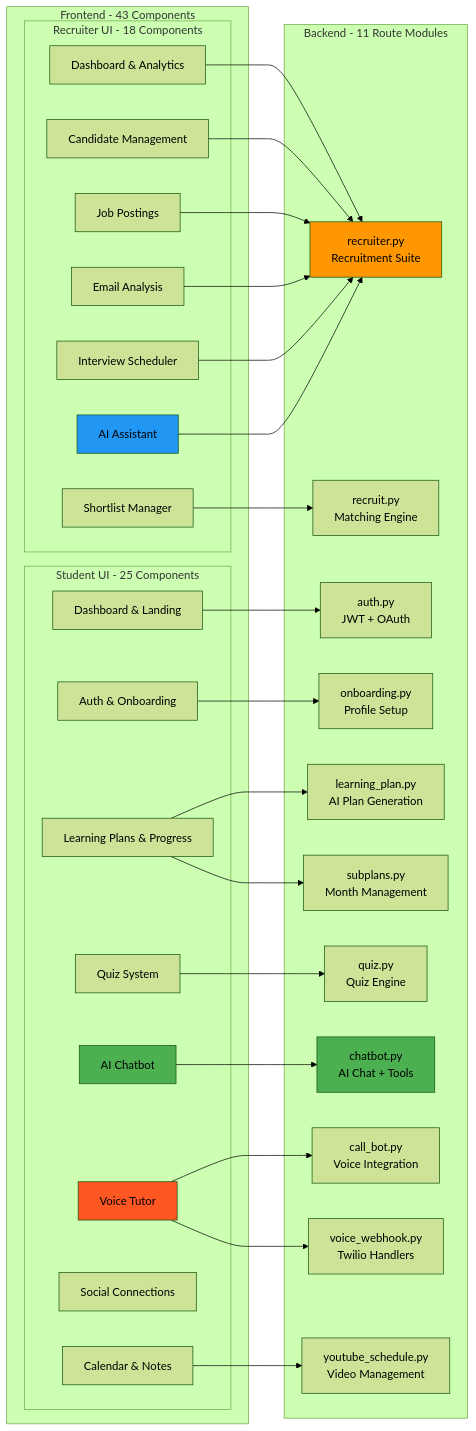
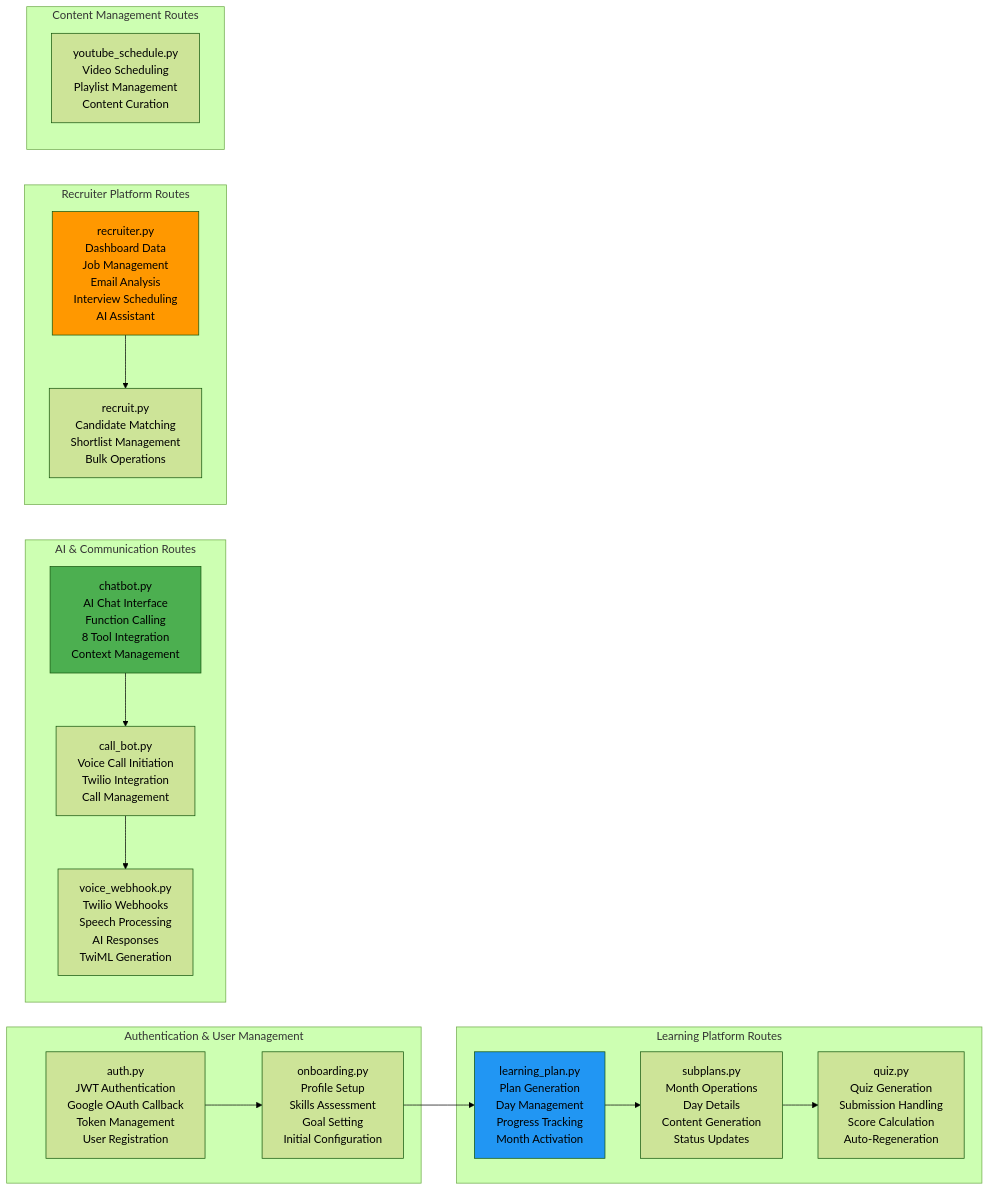
The third of 8 diagrams in README.md (abhiabhi150614/fast-api-learning), drawn with Mermaid (forest theme) before and after one commit. The commit also changed other lines of this file, not shown here.

````diff
--- a/README.md
+++ b/README.md
@@ -108,63 +224,40 @@
 ```mermaid
 graph LR
-    subgraph "Frontend - 43 Components"
-        subgraph "Student UI - 25 Components"
-            S1[Dashboard & Landing]
-            S2[Auth & Onboarding]
-            S3[Learning Plans & Progress]
-            S4[Quiz System]
-            S5[AI Chatbot]
-            S6[Voice Tutor]
-            S7[Social Connections]
-            S8[Calendar & Notes]
-        end
-        
-        subgraph "Recruiter UI - 18 Components"
-            R1[Dashboard & Analytics]
-            R2[Candidate Management]
-            R3[Job Postings]
-            R4[Email Analysis]
-            R5[Interview Scheduler]
-            R6[AI Assistant]
-            R7[Shortlist Manager]
-        end
+    subgraph "Authentication & User Management"
+        AUTH[auth.py<br/>JWT Authentication<br/>Google OAuth Callback<br/>Token Management<br/>User Registration]
+        ONBOARD[onboarding.py<br/>Profile Setup<br/>Skills Assessment<br/>Goal Setting<br/>Initial Configuration]
     end
     
-    subgraph "Backend - 11 Route Modules"
-        B1[auth.py<br/>JWT + OAuth]
-        B2[onboarding.py<br/>Profile Setup]
-        B3[learning_plan.py<br/>AI Plan Generation]
-        B4[subplans.py<br/>Month Management]
-        B5[quiz.py<br/>Quiz Engine]
-        B6[chatbot.py<br/>AI Chat + Tools]
-        B7[call_bot.py<br/>Voice Integration]
-        B8[voice_webhook.py<br/>Twilio Handlers]
-        B9[recruiter.py<br/>Recruitment Suite]
-        B10[recruit.py<br/>Matching Engine]
-        B11[youtube_schedule.py<br/>Video Management]
+    subgraph "Learning Platform Routes"
+        LEARNING_PLAN[learning_plan.py<br/>Plan Generation<br/>Day Management<br/>Progress Tracking<br/>Month Activation]
+        SUBPLANS[subplans.py<br/>Month Operations<br/>Day Details<br/>Content Generation<br/>Status Updates]
+        QUIZ[quiz.py<br/>Quiz Generation<br/>Submission Handling<br/>Score Calculation<br/>Auto-Regeneration]
     end
     
-    S1 --> B1
-    S2 --> B2
-    S3 --> B3
-    S3 --> B4
-    S4 --> B5
-    S5 --> B6
-    S6 --> B7
-    S6 --> B8
-    S8 --> B11
+    subgraph "AI & Communication Routes"
+        CHATBOT[chatbot.py<br/>AI Chat Interface<br/>Function Calling<br/>8 Tool Integration<br/>Context Management]
+        CALL_BOT[call_bot.py<br/>Voice Call Initiation<br/>Twilio Integration<br/>Call Management]
+        VOICE_WEBHOOK[voice_webhook.py<br/>Twilio Webhooks<br/>Speech Processing<br/>AI Responses<br/>TwiML Generation]
+    end
     
-    R1 --> B9
-    R2 --> B9
-    R3 --> B9
-    R4 --> B9
-    R5 --> B9
-    R6 --> B9
-    R7 --> B10
+    subgraph "Recruiter Platform Routes"
+        RECRUITER[recruiter.py<br/>Dashboard Data<br/>Job Management<br/>Email Analysis<br/>Interview Scheduling<br/>AI Assistant]
+        RECRUIT[recruit.py<br/>Candidate Matching<br/>Shortlist Management<br/>Bulk Operations]
+    end
     
-    style S5 fill:#4CAF50
-    style S6 fill:#FF5722
-    style R6 fill:#2196F3
-    style B6 fill:#4CAF50
-    style B9 fill:#FF9800
+    subgraph "Content Management Routes"
+        YOUTUBE[youtube_schedule.py<br/>Video Scheduling<br/>Playlist Management<br/>Content Curation]
+    end
+    
+    AUTH --> ONBOARD
+    ONBOARD --> LEARNING_PLAN
+    LEARNING_PLAN --> SUBPLANS
+    SUBPLANS --> QUIZ
+    CHATBOT --> CALL_BOT
+    CALL_BOT --> VOICE_WEBHOOK
+    RECRUITER --> RECRUIT
+    
+    style CHATBOT fill:#4CAF50
+    style RECRUITER fill:#FF9800
+    style LEARNING_PLAN fill:#2196F3
 ```
````
